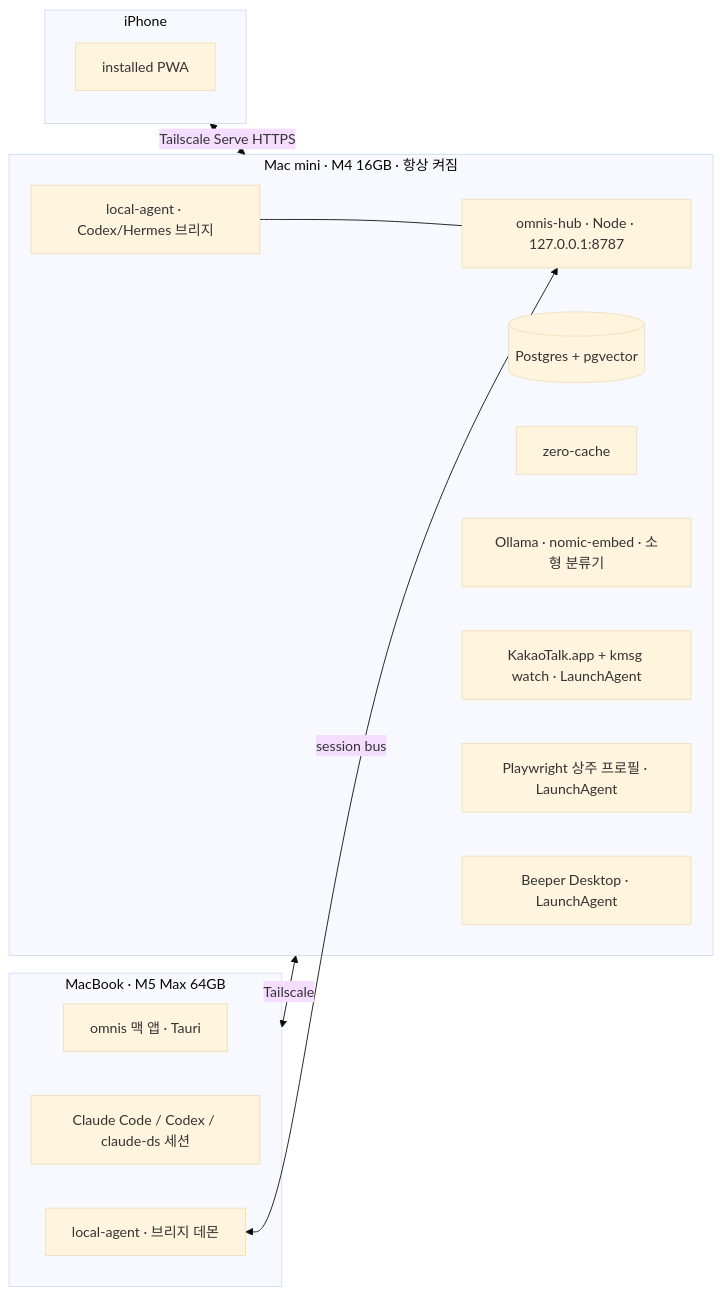
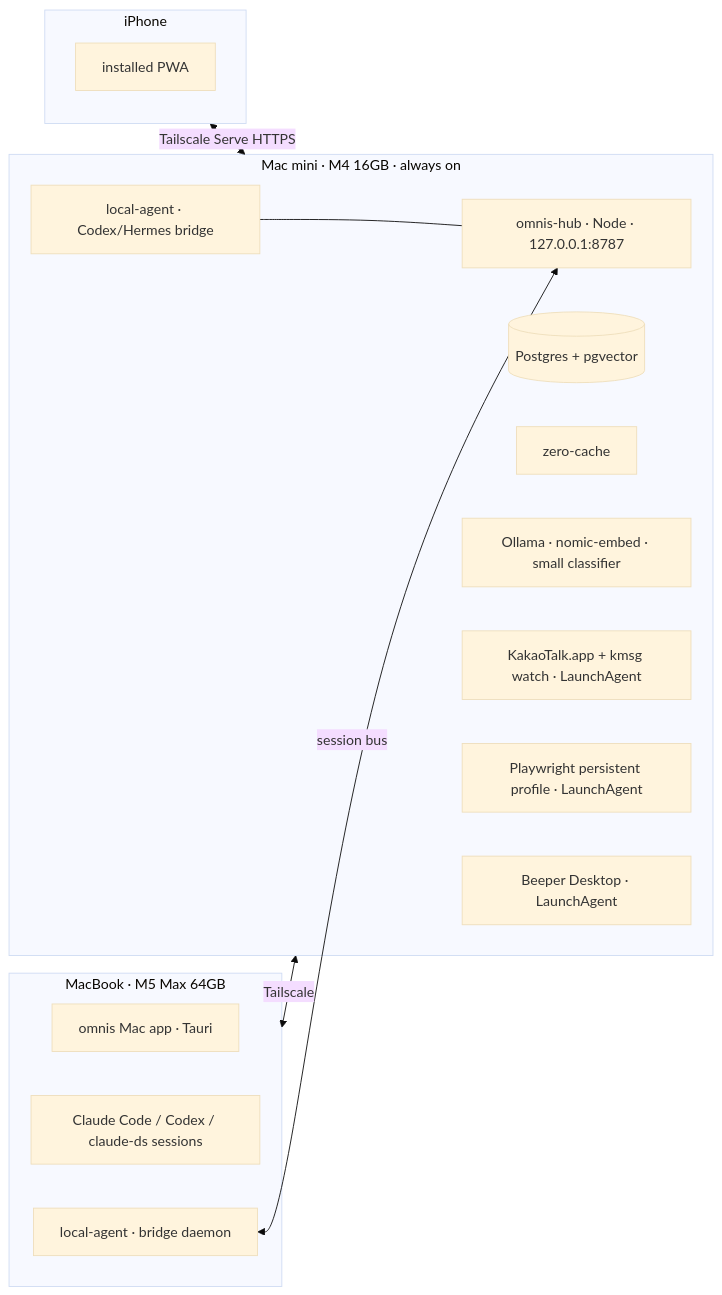
Before and after one commit to immensus-team/omnis: the second of 2 diagrams in docs/spec/00-omnis-design.md, drawn with Mermaid (base theme). The commit also changed other lines of this file, not shown here.

Commit message:
i18n(en): translate docs/spec/00-omnis-design

````diff
--- a/docs/spec/00-omnis-design.md
+++ b/docs/spec/00-omnis-design.md
@@ -124,25 +124,25 @@
 ```mermaid
 flowchart LR
-  subgraph MINI[Mac mini · M4 16GB · 항상 켜짐]
+  subgraph MINI[Mac mini · M4 16GB · always on]
     HUB[omnis-hub · Node · 127.0.0.1:8787]
-    LAM[local-agent · Codex/Hermes 브리지]
+    LAM[local-agent · Codex/Hermes bridge]
     PG[(Postgres + pgvector)]
     ZC[zero-cache]
-    OLL[Ollama · nomic-embed · 소형 분류기]
+    OLL[Ollama · nomic-embed · small classifier]
     KK[KakaoTalk.app + kmsg watch · LaunchAgent]
-    LI[Playwright 상주 프로필 · LaunchAgent]
+    LI[Playwright persistent profile · LaunchAgent]
     BP[Beeper Desktop · LaunchAgent]
   end
   subgraph MBP[MacBook · M5 Max 64GB]
-    APP[omnis 맥 앱 · Tauri]
-    CC[Claude Code / Codex / claude-ds 세션]
-    LA[local-agent · 브리지 데몬]
+    APP[omnis Mac app · Tauri]
+    CC[Claude Code / Codex / claude-ds sessions]
+    LA[local-agent · bridge daemon]
   end
   subgraph PH[iPhone]
     PWA[installed PWA]
   end
   MBP <-->|Tailscale| MINI
   PH <-->|Tailscale Serve HTTPS| MINI
   LA <-->|session bus| HUB
   LAM --- HUB
 ```
````
